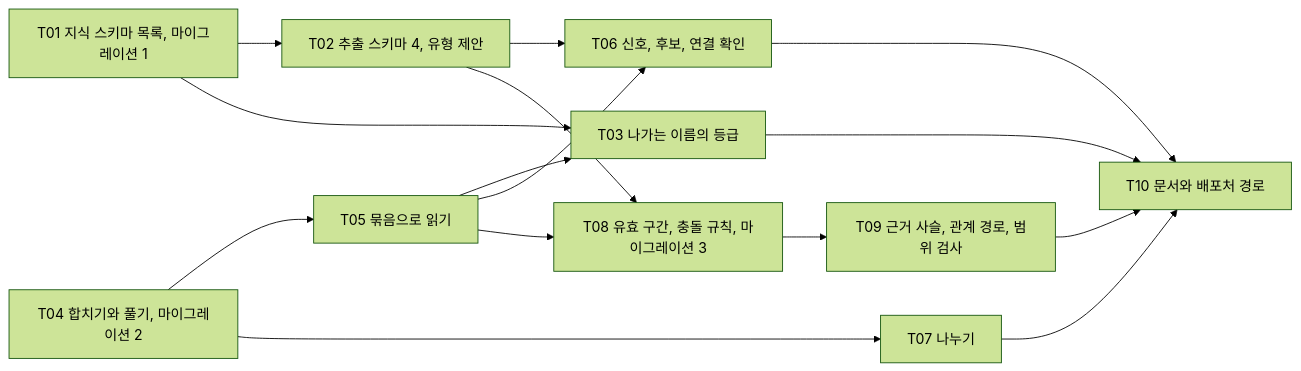
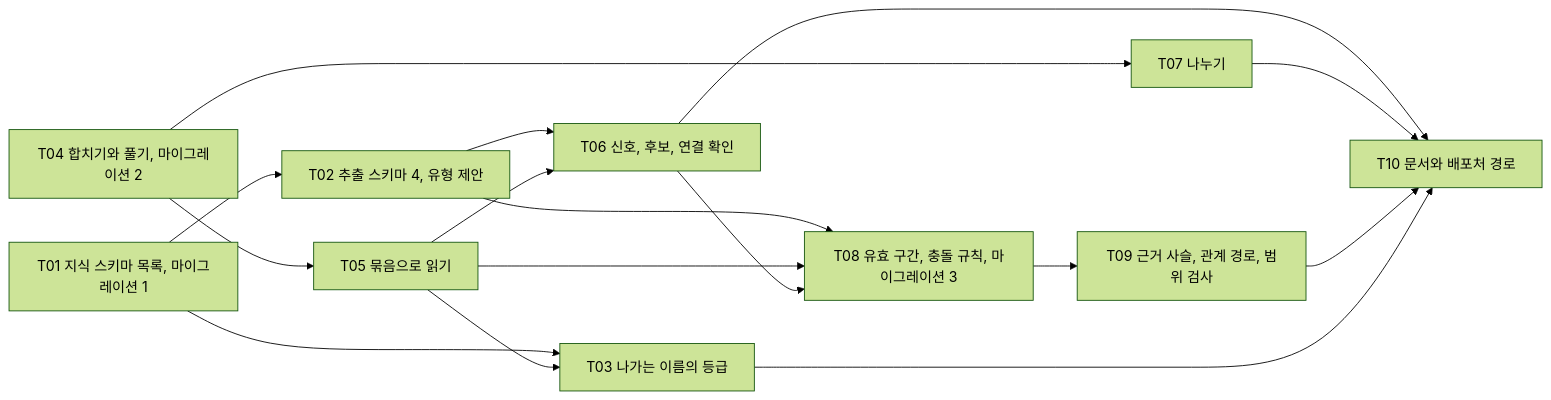
Before and after one commit to nohdol97/PKI: the fourth of 4 diagrams in docs/specs/2026-11-22-S02-entity-resolution-temporal-graph.md, drawn with Mermaid (forest theme). The commit also changed other lines of this file, not shown here.

````diff
--- a/docs/specs/2026-11-22-S02-entity-resolution-temporal-graph.md
+++ b/docs/specs/2026-11-22-S02-entity-resolution-temporal-graph.md
@@ -498,17 +526,18 @@
 ```mermaid
 flowchart LR
   T01["T01 지식 스키마 목록, 마이그레이션 1"] --> T02["T02 추출 스키마 4, 유형 제안"]
   T01 --> T03["T03 나가는 이름의 등급"]
   T04["T04 합치기와 풀기, 마이그레이션 2"] --> T05["T05 묶음으로 읽기"]
   T05 --> T03
   T02 --> T06["T06 신호, 후보, 연결 확인"]
   T05 --> T06
   T04 --> T07["T07 나누기"]
   T02 --> T08["T08 유효 구간, 충돌 규칙, 마이그레이션 3"]
   T05 --> T08
+  T06 --> T08
   T08 --> T09["T09 근거 사슬, 관계 경로, 범위 검사"]
   T06 --> T10["T10 문서와 배포처 경로"]
   T07 --> T10
   T09 --> T10
   T03 --> T10
 ```
````
